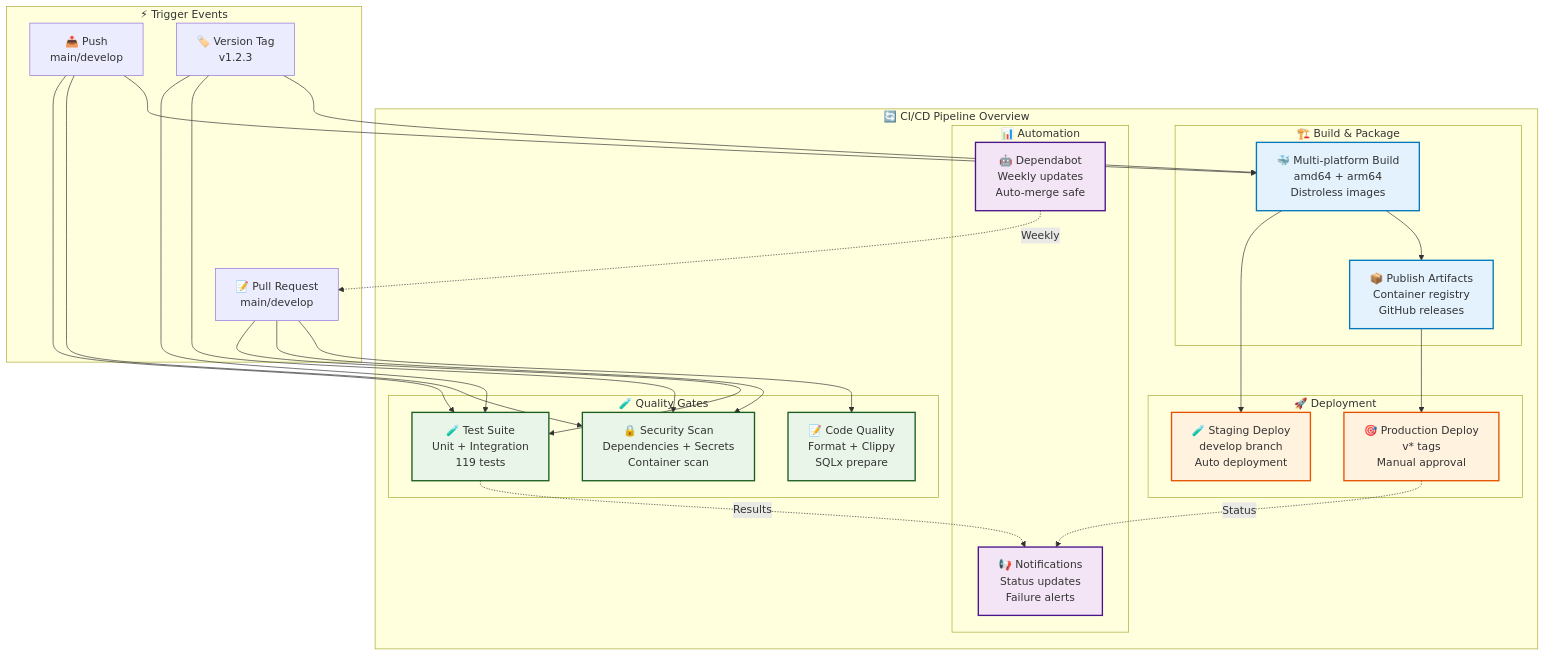
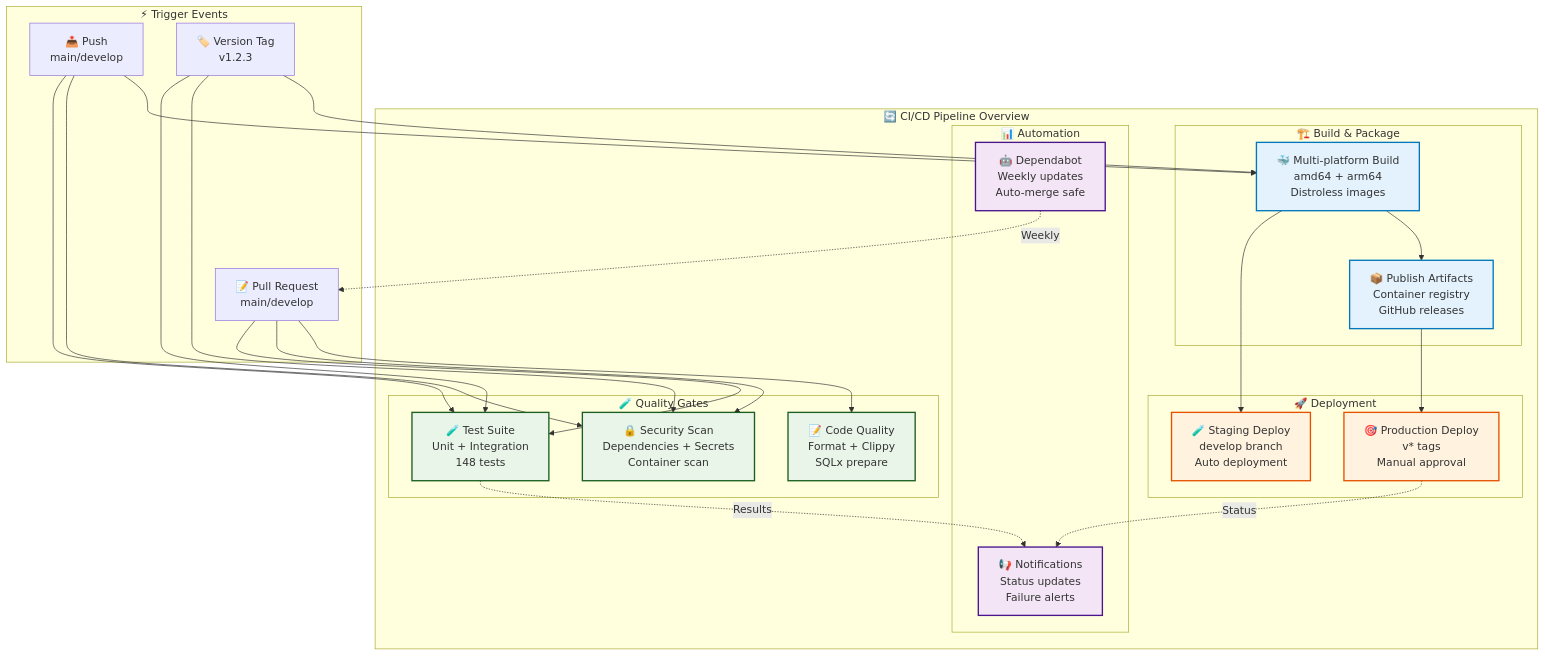
The diagram in docs/deployment/cicd.md (quanhua92/rust-fullstack-starter), drawn with Mermaid before and after one commit. The commit also changed 11 other files, not shown here.

````diff
--- a/docs/deployment/cicd.md
+++ b/docs/deployment/cicd.md
@@ -7,60 +7,60 @@
 ```mermaid
 graph TB
     subgraph "🔄 CI/CD Pipeline Overview"
         subgraph "🧪 Quality Gates"
-            TEST[🧪 Test Suite<br/>Unit + Integration<br/>119 tests]
+            TEST[🧪 Test Suite<br/>Unit + Integration<br/>148 tests]
             SECURITY[🔒 Security Scan<br/>Dependencies + Secrets<br/>Container scan]
             LINT[📝 Code Quality<br/>Format + Clippy<br/>SQLx prepare]
         end
         
         subgraph "🏗️ Build & Package"
             BUILD[🐳 Multi-platform Build<br/>amd64 + arm64<br/>Distroless images]
             PUBLISH[📦 Publish Artifacts<br/>Container registry<br/>GitHub releases]
         end
         
         subgraph "🚀 Deployment"
             STAGING[🧪 Staging Deploy<br/>develop branch<br/>Auto deployment]
             PROD[🎯 Production Deploy<br/>v* tags<br/>Manual approval]
         end
         
         subgraph "📊 Automation"
             DEPENDABOT[🤖 Dependabot<br/>Weekly updates<br/>Auto-merge safe]
             NOTIFICATIONS[📢 Notifications<br/>Status updates<br/>Failure alerts]
         end
     end
     
     subgraph "⚡ Trigger Events"
         PR[📝 Pull Request<br/>main/develop]
         PUSH[📤 Push<br/>main/develop]
         TAG[🏷️ Version Tag<br/>v1.2.3]
     end
     
     PR --> TEST
     PR --> SECURITY
     PR --> LINT
     
     PUSH --> TEST
     PUSH --> SECURITY
     PUSH --> BUILD
     BUILD --> STAGING
     
     TAG --> TEST
     TAG --> SECURITY
     TAG --> BUILD
     BUILD --> PUBLISH
     PUBLISH --> PROD
     
     DEPENDABOT -.->|Weekly| PR
     TEST -.->|Results| NOTIFICATIONS
     PROD -.->|Status| NOTIFICATIONS
     
     classDef qualityBox fill:#e8f5e8,stroke:#1b5e20,stroke-width:2px
     classDef buildBox fill:#e3f2fd,stroke:#0277bd,stroke-width:2px
     classDef deployBox fill:#fff3e0,stroke:#e65100,stroke-width:2px
     classDef autoBox fill:#f3e5f5,stroke:#4a148c,stroke-width:2px
     
     class TEST,SECURITY,LINT qualityBox
     class BUILD,PUBLISH buildBox
     class STAGING,PROD deployBox
     class DEPENDABOT,NOTIFICATIONS autoBox
 ```
````
